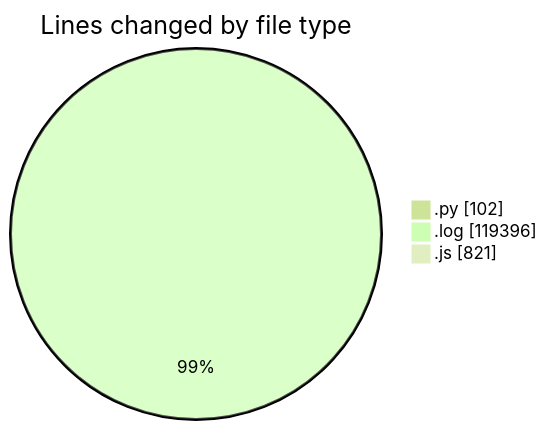
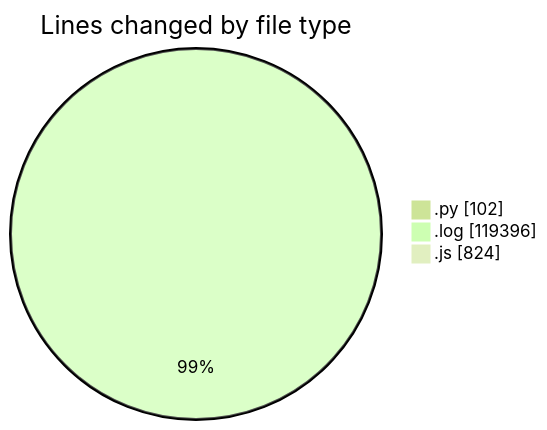
The first of 2 diagrams in 2025-04-11/nxtqube_webapp/README.md (nxtqubesakshisongat/code-tracking), drawn with Mermaid (forest theme) before and after one commit. The commit also changed other lines of this file and 1 other file, not shown here.

````diff
--- a/2025-04-11/nxtqube_webapp/README.md
+++ b/2025-04-11/nxtqube_webapp/README.md
@@ -23,7 +23,7 @@
 ```mermaid
 pie showData
 title Lines changed by file type
 ".py" : 102
 ".log" : 119396
-".js" : 821
+".js" : 824
 ```
````
